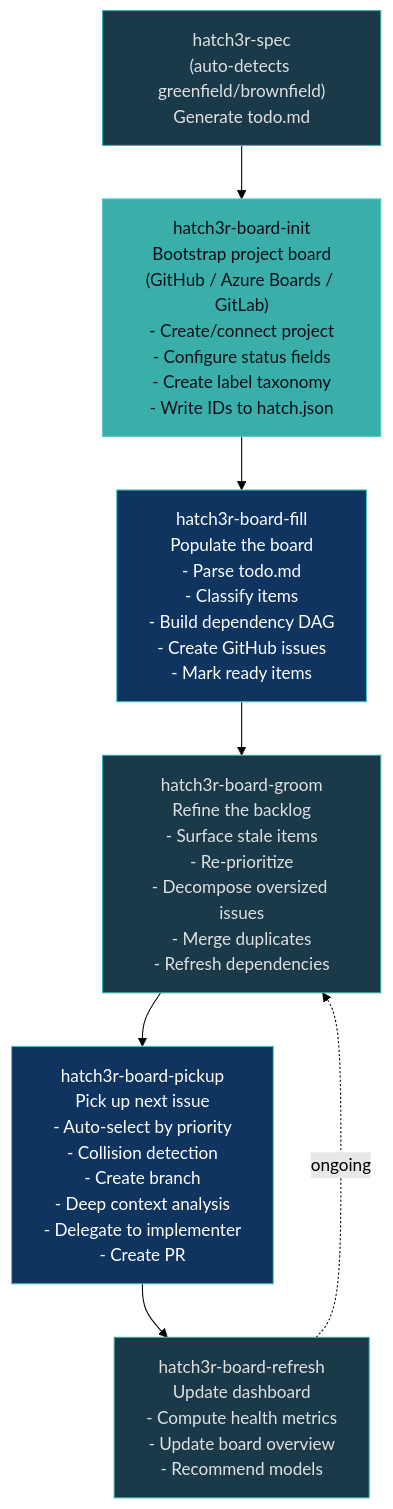
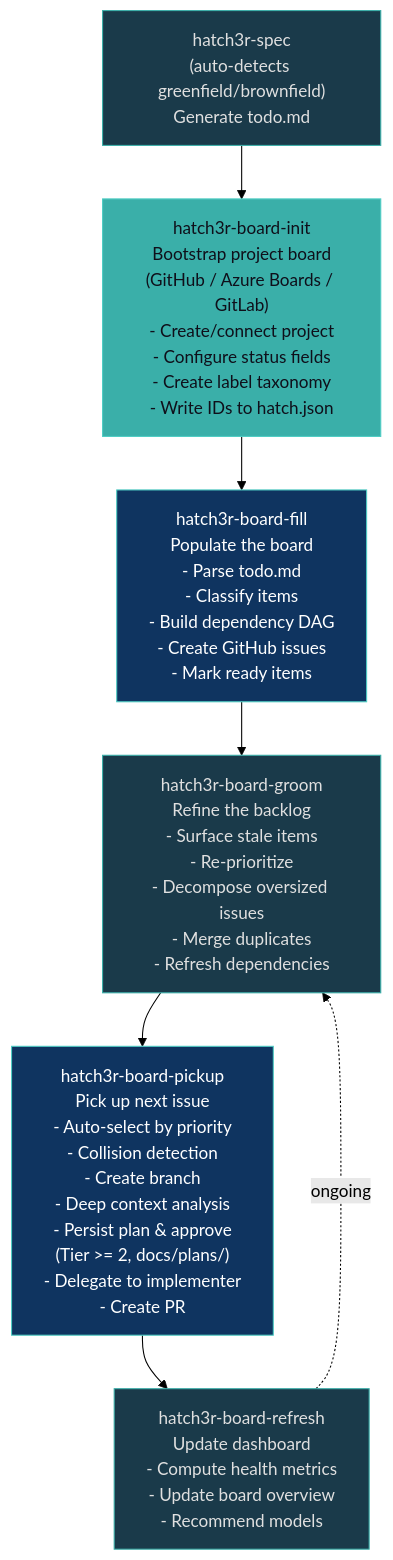
The third of 5 diagrams in website/docs/guides/agentic-process.md (hatch3r/hatch3r), drawn with Mermaid (forest theme) before and after one commit. The commit also changed 77 other files, not shown here.

````diff
--- a/website/docs/guides/agentic-process.md
+++ b/website/docs/guides/agentic-process.md
@@ -73,25 +73,25 @@
 ```mermaid
 flowchart TB
     classDef default fill:#1a3a4a,stroke:#3aafa9,color:#e0e0e0
     classDef accent fill:#0f3460,stroke:#4ecdc4,color:#fff
     classDef highlight fill:#3aafa9,stroke:#4ecdc4,color:#0f0f1a
 
     init["hatch3r-board-init\nBootstrap project board\n(GitHub / Azure Boards / GitLab)\n- Create/connect project\n- Configure status fields\n- Create label taxonomy\n- Write IDs to hatch.json"]:::highlight
 
     spec["hatch3r-spec\n(auto-detects greenfield/brownfield)\nGenerate todo.md"]
 
     fill["hatch3r-board-fill\nPopulate the board\n- Parse todo.md\n- Classify items\n- Build dependency DAG\n- Create GitHub issues\n- Mark ready items"]:::accent
 
     groom["hatch3r-board-groom\nRefine the backlog\n- Surface stale items\n- Re-prioritize\n- Decompose oversized issues\n- Merge duplicates\n- Refresh dependencies"]
 
-    pickup["hatch3r-board-pickup\nPick up next issue\n- Auto-select by priority\n- Collision detection\n- Create branch\n- Deep context analysis\n- Delegate to implementer\n- Create PR"]:::accent
+    pickup["hatch3r-board-pickup\nPick up next issue\n- Auto-select by priority\n- Collision detection\n- Create branch\n- Deep context analysis\n- Persist plan & approve\n(Tier >= 2, docs/plans/)\n- Delegate to implementer\n- Create PR"]:::accent
 
     refresh["hatch3r-board-refresh\nUpdate dashboard\n- Compute health metrics\n- Update board overview\n- Recommend models"]
 
     spec --> init
     init --> fill
     fill --> groom
     groom --> pickup
     pickup --> refresh
     refresh -.->|"ongoing"| groom
 ```
````
